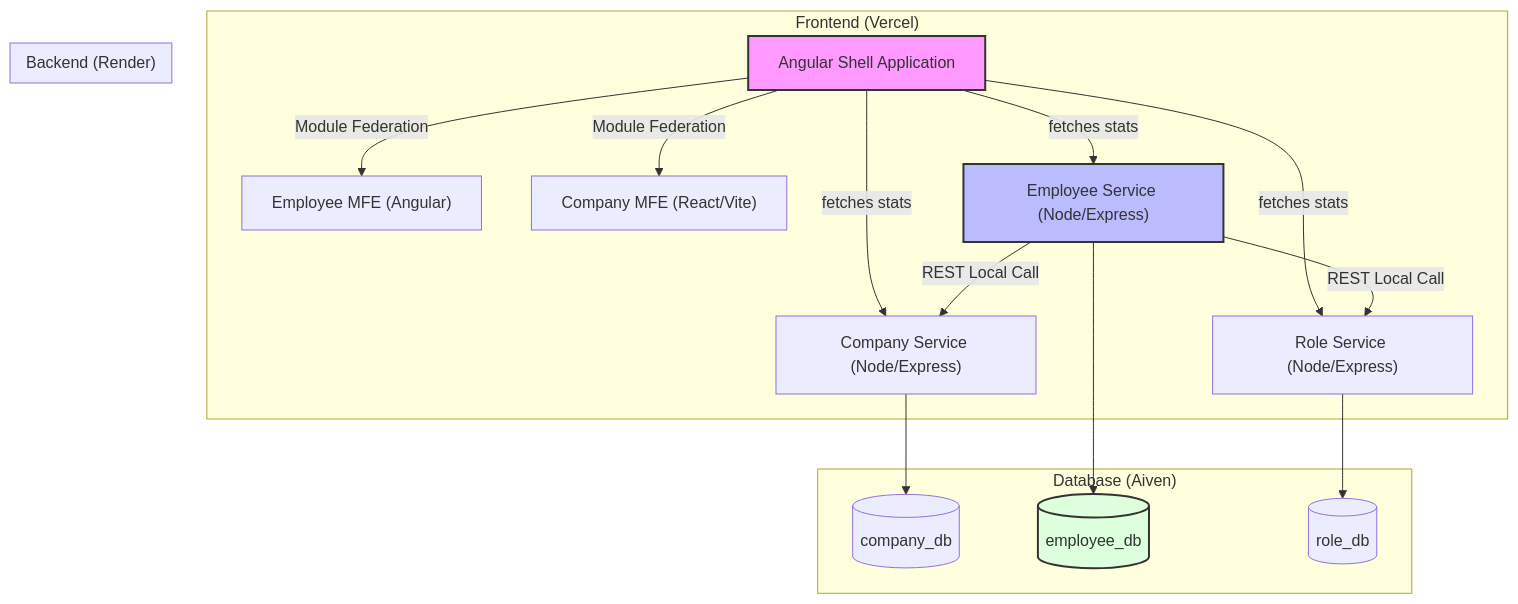
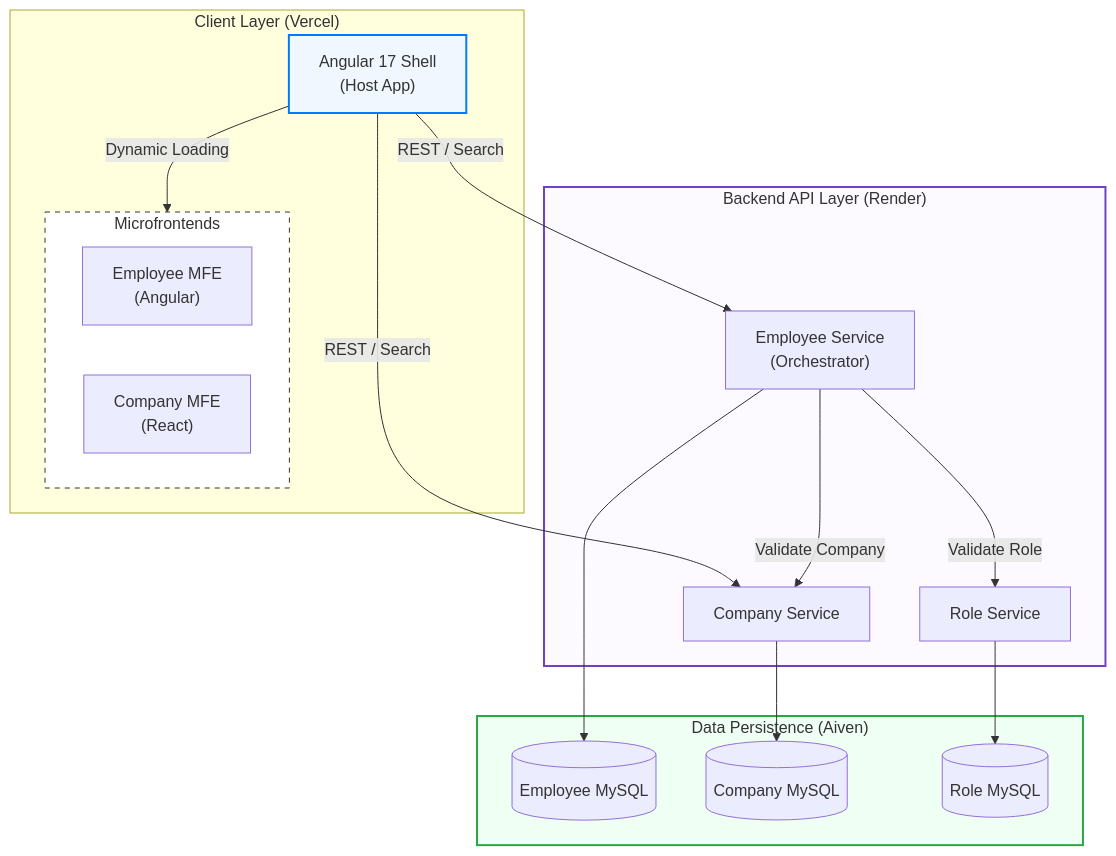
One commit to swapnanshu/adit-employee-management-system changed the diagram in README.md. Above: the diagram before and after it, drawn with Mermaid. The commit also changed other lines of this file, not shown here.

Commit message:
doc: Readme updated with latest features

````diff
--- a/README.md
+++ b/README.md
@@ -27,37 +27,40 @@
 ```mermaid
-graph TD
-    subgraph Frontend ["Frontend (Vercel)"]
-        Shell["Angular Shell Application"]
-        EmpMFE["Employee MFE (Angular)"]
-        CompMFE["Company MFE (React/Vite)"]
-
-        Shell -- "fetches stats" --> CompSvc
-        Shell -- "fetches stats" --> EmpSvc
-        Shell -- "fetches stats" --> RoleSvc
-        Shell -- "Module Federation" --> EmpMFE
-        Shell -- "Module Federation" --> CompMFE
+graph TB
+    subgraph Client ["Client Layer (Vercel)"]
+        Shell["Angular 17 Shell<br/>(Host App)"]
+        subgraph MFEs ["Microfrontends"]
+            EmpMFE["Employee MFE<br/>(Angular)"]
+            CompMFE["Company MFE<br/>(React)"]
+        end
     end
 
-    subgraph Backend ["Backend (Render)"]
-        EmpSvc["Employee Service (Node/Express)"]
-        CompSvc["Company Service (Node/Express)"]
-        RoleSvc["Role Service (Node/Express)"]
-
-        EmpSvc -- "REST Local Call" --> CompSvc
-        EmpSvc -- "REST Local Call" --> RoleSvc
+    subgraph API ["Backend API Layer (Render)"]
+        EmpSvc["Employee Service<br/>(Orchestrator)"]
+        CompSvc["Company Service"]
+        RoleSvc["Role Service"]
     end
 
-    subgraph Database ["Database (Aiven)"]
-        DB1[("company_db")]
-        DB2[("employee_db")]
-        DB3[("role_db")]
-
-        CompSvc --> DB1
-        EmpSvc --> DB2
-        RoleSvc --> DB3
+    subgraph Data ["Data Persistence (Aiven)"]
+        DB_E[("Employee MySQL")]
+        DB_C[("Company MySQL")]
+        DB_R[("Role MySQL")]
     end
 
-    style Shell fill:#f9f,stroke:#333,stroke-width:2px
-    style EmpSvc fill:#bbf,stroke:#333,stroke-width:2px
-    style DB2 fill:#dfd,stroke:#333,stroke-width:2px
+    %% Connections
+    Shell -- "Dynamic Loading" --> MFEs
+    Shell -- "REST / Search" --> EmpSvc
+    Shell -- "REST / Search" --> CompSvc
+
+    EmpSvc -- "Validate Company" --> CompSvc
+    EmpSvc -- "Validate Role" --> RoleSvc
+
+    EmpSvc --> DB_E
+    CompSvc --> DB_C
+    RoleSvc --> DB_R
+
+    %% Styling
+    style Shell fill:#f0f7ff,stroke:#007bff,stroke-width:2px
+    style MFEs fill:#ffffff,stroke:#333,stroke-dasharray: 5 5
+    style API fill:#fdfaff,stroke:#6f42c1,stroke-width:2px
+    style Data fill:#f0fff4,stroke:#28a745,stroke-width:2px
 ```
````
